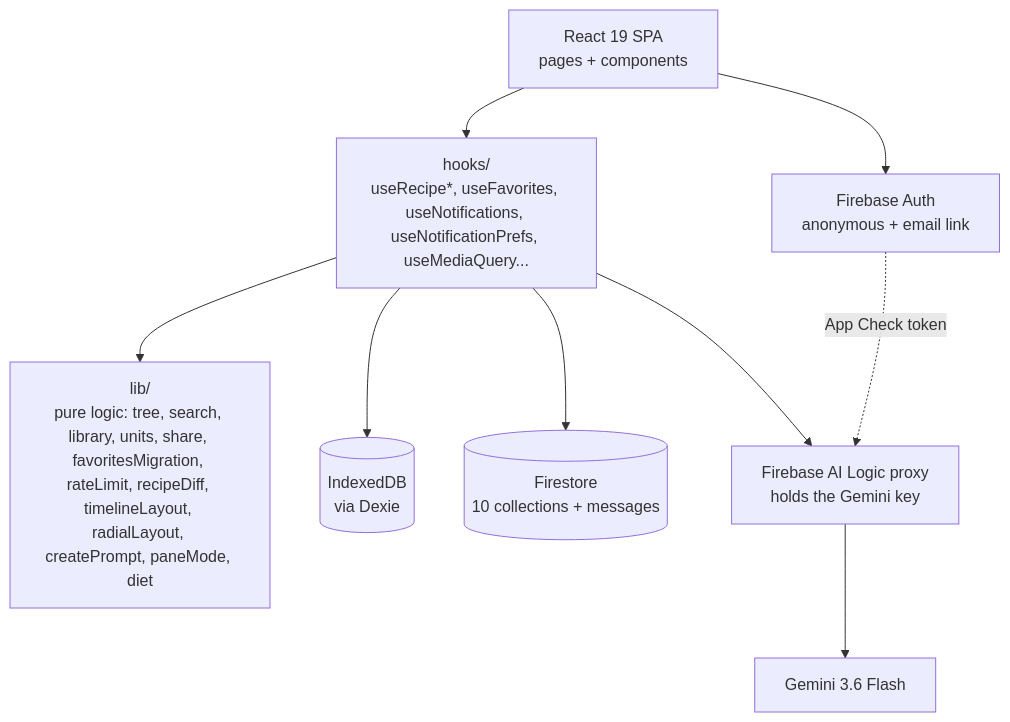
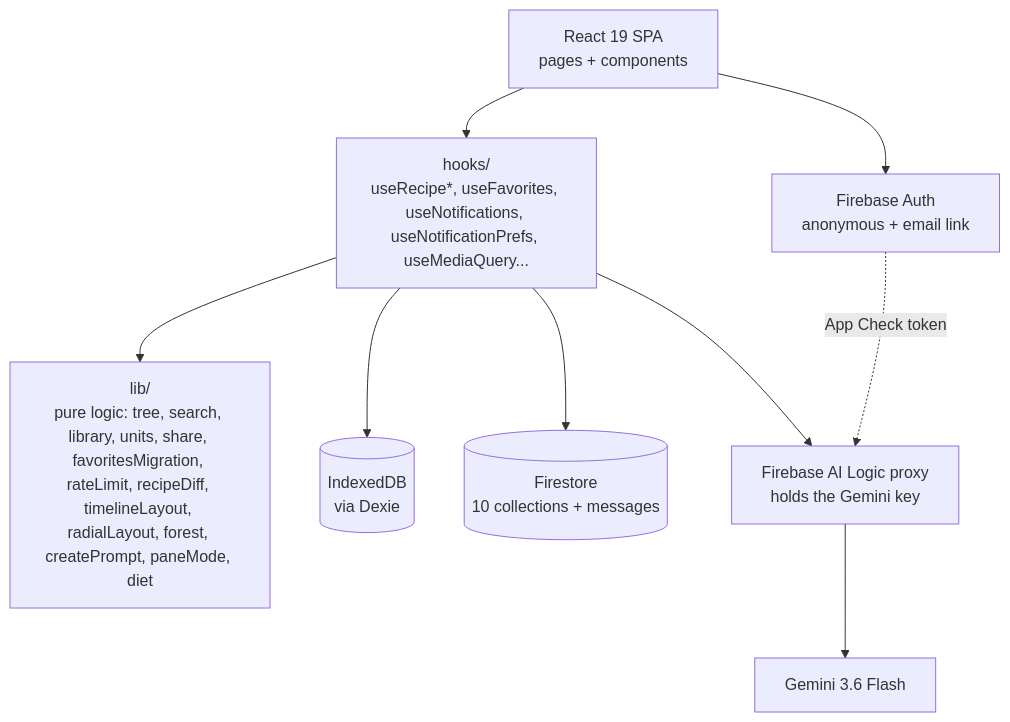
The diagram in docs/architecture.md (hpeppitt/recipe-app), drawn with Mermaid before and after one commit. The commit also changed 4 other files, not shown here.

First line of the commit message:
RL-174: A pure forest layout in src/lib turns one family into a small drawing with the person's versions marked, and summarises how many recipes they planted and how many branches grew from them (#197)

````diff
--- a/docs/architecture.md
+++ b/docs/architecture.md
@@ -12,20 +12,20 @@
 ```mermaid
 flowchart TD
     UI[React 19 SPA<br/>pages + components]
     Hooks[hooks/<br/>useRecipe*, useFavorites, useNotifications, useNotificationPrefs, useMediaQuery...]
-    Lib[lib/<br/>pure logic: tree, search, library, units, share, favoritesMigration, rateLimit, recipeDiff, timelineLayout, radialLayout, createPrompt, paneMode, diet]
+    Lib[lib/<br/>pure logic: tree, search, library, units, share, favoritesMigration, rateLimit, recipeDiff, timelineLayout, radialLayout, forest, createPrompt, paneMode, diet]
     Dexie[(IndexedDB<br/>via Dexie)]
     FS[(Firestore<br/>10 collections + messages)]
     Auth[Firebase Auth<br/>anonymous + email link]
     AILogic[Firebase AI Logic proxy<br/>holds the Gemini key]
     Gemini[Gemini 3.6 Flash]
 
     UI --> Hooks
     Hooks --> Lib
     Hooks --> Dexie
     Hooks --> FS
     Hooks --> AILogic
     UI --> Auth
     AILogic --> Gemini
     Auth -. App Check token .-> AILogic
 ```
````
